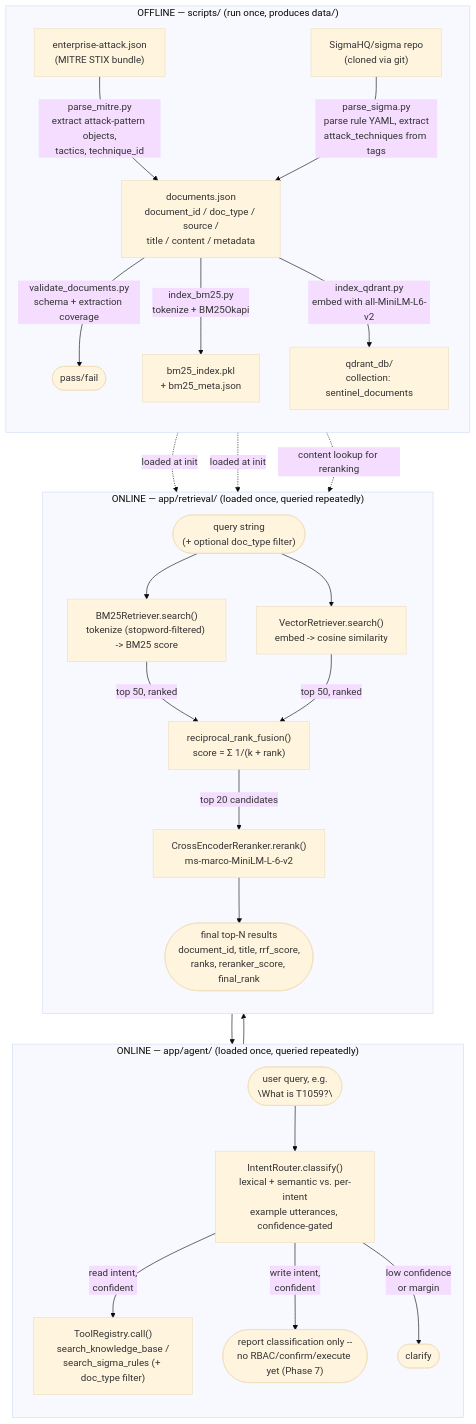
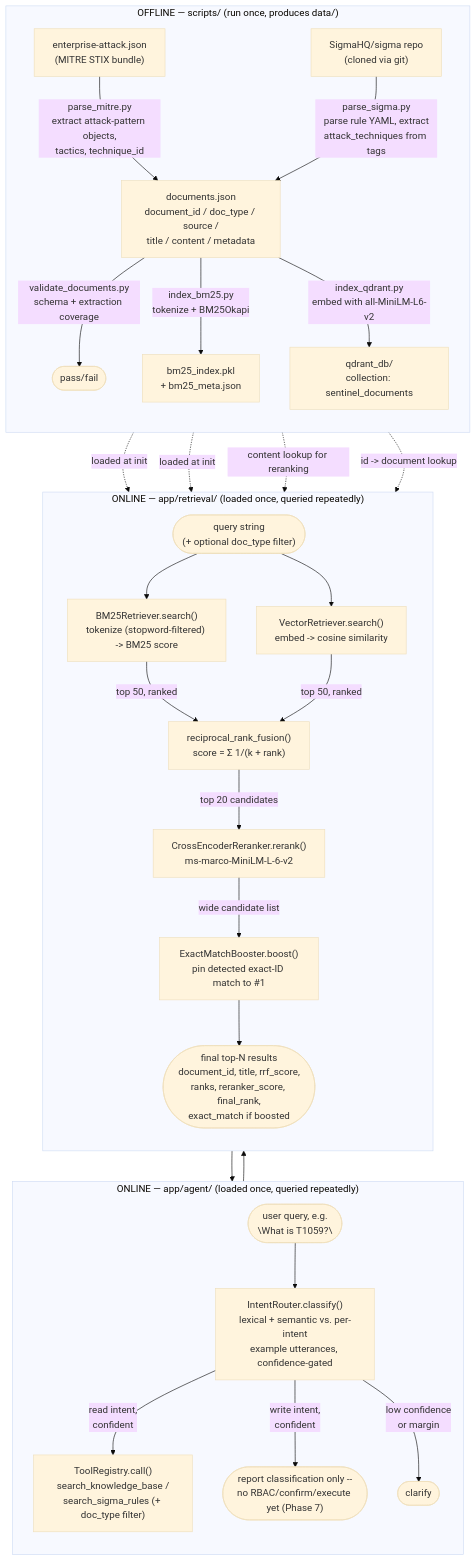
One commit to VedantK750/sentinel-agentic-AI-SOC-assistant changed the diagram in ARCHITECTURE.md. Above: the diagram before and after it, drawn with Mermaid (base theme). The commit also changed other lines of this file and 5 other files, not shown here.

````diff
--- a/ARCHITECTURE.md
+++ b/ARCHITECTURE.md
@@ -119,39 +120,41 @@
 ```mermaid
 flowchart TB
     subgraph offline["OFFLINE — scripts/ (run once, produces data/)"]
         direction TB
         mitre["enterprise-attack.json\n(MITRE STIX bundle)"]
         sigmarepo["SigmaHQ/sigma repo\n(cloned via git)"]
         mitre -->|"parse_mitre.py\nextract attack-pattern objects,\ntactics, technique_id"| docs["documents.json\ndocument_id / doc_type / source /\ntitle / content / metadata"]
         sigmarepo -->|"parse_sigma.py\nparse rule YAML, extract\nattack_techniques from tags"| docs
         docs -->|"validate_documents.py\nschema + extraction coverage"| valid(["pass/fail"])
         docs -->|"index_bm25.py\ntokenize + BM25Okapi"| bm25idx["bm25_index.pkl\n+ bm25_meta.json"]
         docs -->|"index_qdrant.py\nembed with all-MiniLM-L6-v2"| qdrantidx["qdrant_db/\ncollection: sentinel_documents"]
     end
 
     subgraph agent["ONLINE — app/agent/ (loaded once, queried repeatedly)"]
         direction TB
         userq(["user query, e.g.\n\"What is T1059?\""])
         userq --> router["IntentRouter.classify()\nlexical + semantic vs. per-intent\nexample utterances, confidence-gated"]
         router -->|"read intent,\nconfident"| tool["ToolRegistry.call()\nsearch_knowledge_base /\nsearch_sigma_rules (+ doc_type filter)"]
         router -->|"write intent,\nconfident"| stub(["report classification only --\nno RBAC/confirm/execute yet (Phase 7)"])
         router -->|"low confidence\nor margin"| clarify(["clarify"])
     end
 
     subgraph online["ONLINE — app/retrieval/ (loaded once, queried repeatedly)"]
         direction TB
         query(["query string\n(+ optional doc_type filter)"])
         query --> bm25r["BM25Retriever.search()\ntokenize (stopword-filtered) -> BM25 score"]
         query --> vecr["VectorRetriever.search()\nembed -> cosine similarity"]
         bm25idx -.->|loaded at init| bm25r
         qdrantidx -.->|loaded at init| vecr
         bm25r -->|"top 50, ranked"| rrf["reciprocal_rank_fusion()\nscore = Σ 1/(k + rank)"]
         vecr -->|"top 50, ranked"| rrf
         rrf -->|"top 20 candidates"| rerank["CrossEncoderReranker.rerank()\nms-marco-MiniLM-L-6-v2"]
-        rerank --> results(["final top-N results\ndocument_id, title, rrf_score,\nranks, reranker_score, final_rank"])
+        rerank -->|"wide candidate list"| boost["ExactMatchBooster.boost()\npin detected exact-ID match to #1"]
+        boost --> results(["final top-N results\ndocument_id, title, rrf_score,\nranks, reranker_score, final_rank,\nexact_match if boosted"])
     end
 
     tool --> query
     results --> tool
     docs -.->|"content lookup for reranking"| rerank
+    docs -.->|"id -> document lookup"| boost
 ```
````
